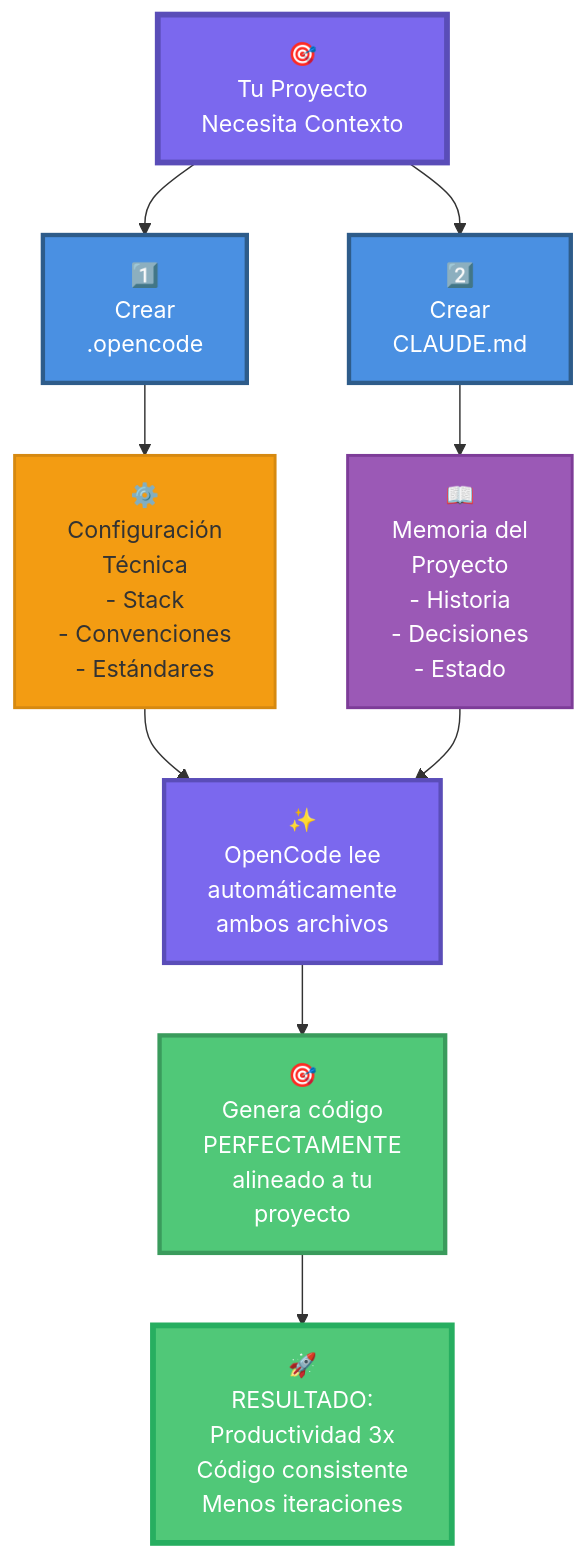
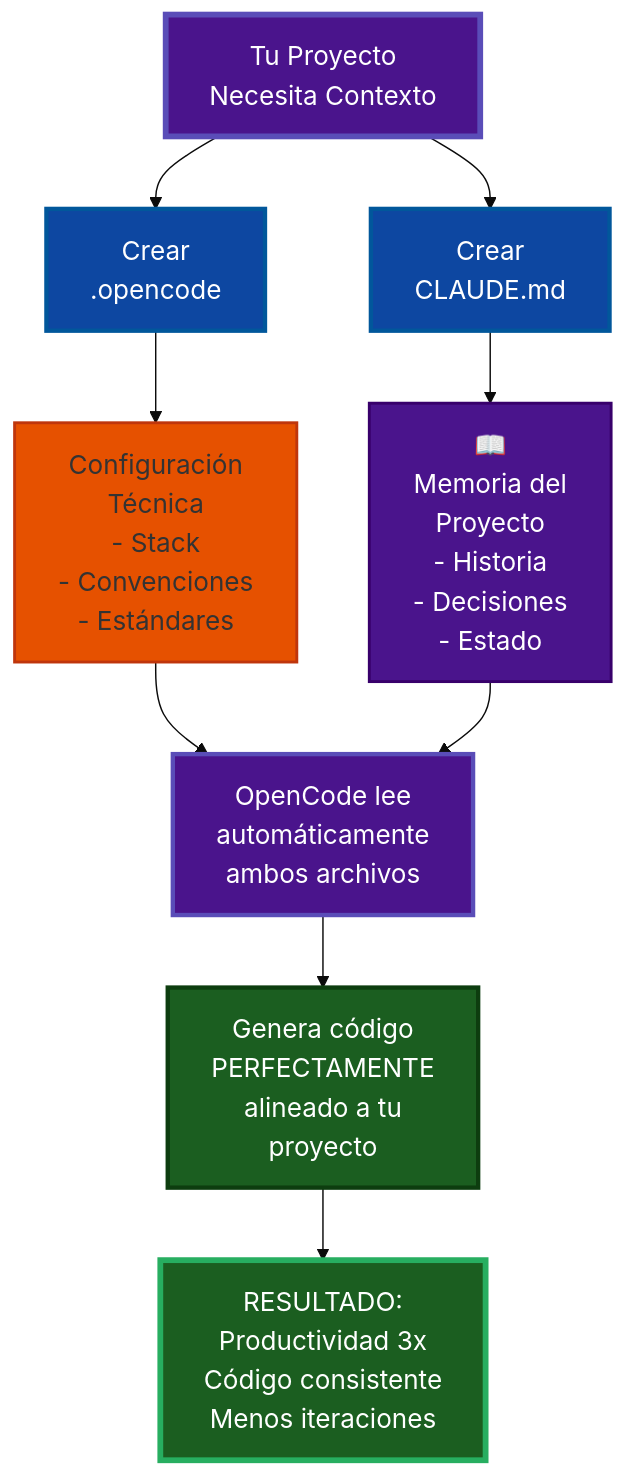
One commit to Ai-Whisperers/Courses-Content changed the seventh of 8 diagrams in courses/🟡-development/FPUNA-2026/00-FUNDAMENTOS-PRINCIPALES/04-ingenieria-contexto.md. Above: the diagram before and after it, drawn with Mermaid. The commit also changed other lines of this file and 47 other files, not shown here.

First line of the commit message:
fix: Make all 473 diagrams WCAG AAA accessible (FPUNA-2026)

````diff
--- a/courses/🟡-development/FPUNA-2026/00-FUNDAMENTOS-PRINCIPALES/04-ingenieria-contexto.md
+++ b/courses/🟡-development/FPUNA-2026/00-FUNDAMENTOS-PRINCIPALES/04-ingenieria-contexto.md
@@ -1024,24 +1031,25 @@
 ```mermaid
+%%{init: {'theme':'base', 'themeVariables': {'fontSize':'18px'}}}%%
 graph TB
-    A["🎯<br/>Tu Proyecto<br/>Necesita Contexto"] --> B["1️⃣<br/>Crear<br/>.opencode"]
-    A --> C["2️⃣<br/>Crear<br/>CLAUDE.md"]
+    A["Tu Proyecto<br/>Necesita Contexto"] --> B["Crear<br/>.opencode"]
+    A --> C["Crear<br/>CLAUDE.md"]
     
-    B --> D["⚙️<br/>Configuración<br/>Técnica<br/>- Stack<br/>- Convenciones<br/>- Estándares"]
+    B --> D["Configuración<br/>Técnica<br/>- Stack<br/>- Convenciones<br/>- Estándares"]
     C --> E["📖<br/>Memoria del<br/>Proyecto<br/>- Historia<br/>- Decisiones<br/>- Estado"]
     
-    D --> F["✨<br/>OpenCode lee<br/>automáticamente<br/>ambos archivos"]
+    D --> F["OpenCode lee<br/>automáticamente<br/>ambos archivos"]
     E --> F
     
-    F --> G["🎯<br/>Genera código<br/>PERFECTAMENTE<br/>alineado a tu<br/>proyecto"]
+    F --> G["Genera código<br/>PERFECTAMENTE<br/>alineado a tu<br/>proyecto"]
     
-    G --> H["🚀<br/>RESULTADO:<br/>Productividad 3x<br/>Código consistente<br/>Menos iteraciones"]
+    G --> H["RESULTADO:<br/>Productividad 3x<br/>Código consistente<br/>Menos iteraciones"]
     
-    style A fill:#7B68EE,stroke:#5A4DB8,stroke-width:4px,color:#fff
-    style B fill:#4A90E2,stroke:#2E5C8A,stroke-width:3px,color:#fff
-    style C fill:#4A90E2,stroke:#2E5C8A,stroke-width:3px,color:#fff
-    style D fill:#F39C12,stroke:#D68910,stroke-width:2px,color:#333
-    style E fill:#9B59B6,stroke:#7D3C98,stroke-width:2px,color:#fff
-    style F fill:#7B68EE,stroke:#5A4DB8,stroke-width:3px,color:#fff
-    style G fill:#50C878,stroke:#3A9B5C,stroke-width:3px,color:#fff
-    style H fill:#50C878,stroke:#27AE60,stroke-width:4px,color:#fff
+    style A fill:#4a148c,stroke:#5A4DB8,stroke-width:4px,color:#fff
+    style B fill:#0d47a1,stroke:#01579b,stroke-width:3px,color:#fff
+    style C fill:#0d47a1,stroke:#01579b,stroke-width:3px,color:#fff
+    style D fill:#e65100,stroke:#bf360c,stroke-width:2px,color:#333
+    style E fill:#4a148c,stroke:#38006b,stroke-width:2px,color:#fff
+    style F fill:#4a148c,stroke:#5A4DB8,stroke-width:3px,color:#fff
+    style G fill:#1b5e20,stroke:#0d3d0f,stroke-width:3px,color:#fff
+    style H fill:#1b5e20,stroke:#27AE60,stroke-width:4px,color:#fff
 ```
````
